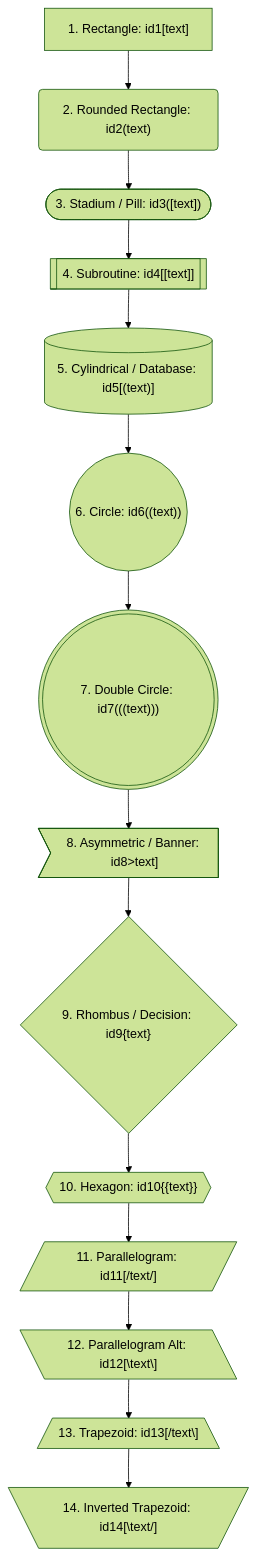
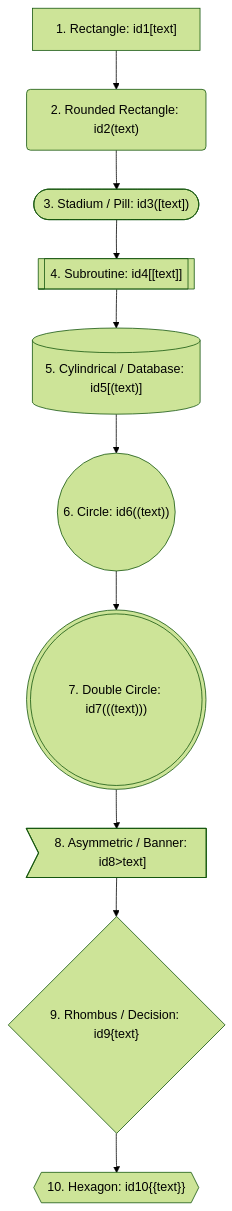
Before and after one commit to Mazchoo/Notezilla: the fifth of 47 diagrams in src/frontend/static/mermaid_help_manual.md, drawn with Mermaid (forest theme). The commit also changed other lines of this file, not shown here.

````diff
--- a/src/frontend/static/mermaid_help_manual.md
+++ b/src/frontend/static/mermaid_help_manual.md
@@ -186,20 +186,16 @@
 ```mermaid
 flowchart TD
     id1["1. Rectangle: id1[text]"]
     id2("2. Rounded Rectangle: id2(text)")
     id3(["3. Stadium / Pill: id3([text])"])
     id4[["4. Subroutine: id4[[text]]"]]
     id5[("5. Cylindrical / Database: id5[(text)]")]
     id6(("6. Circle: id6((text))"))
     id7((("7. Double Circle: id7(((text)))")))
     id8>"8. Asymmetric / Banner: id8>text]"]
     id9{"9. Rhombus / Decision: id9{text}"}
     id10{{"10. Hexagon: id10{{text}}"}}
-    id11[/"11. Parallelogram: id11[/text/]"/]
-    id12[\"12. Parallelogram Alt: id12[\text\]"\]
-    id13[/"13. Trapezoid: id13[/text\]"\]
-    id14[\"14. Inverted Trapezoid: id14[\text/]"/]
 
     id1 --> id2 --> id3 --> id4 --> id5 --> id6 --> id7
-    id7 --> id8 --> id9 --> id10 --> id11 --> id12 --> id13 --> id14
+    id7 --> id8 --> id9 --> id10
 ```
````
